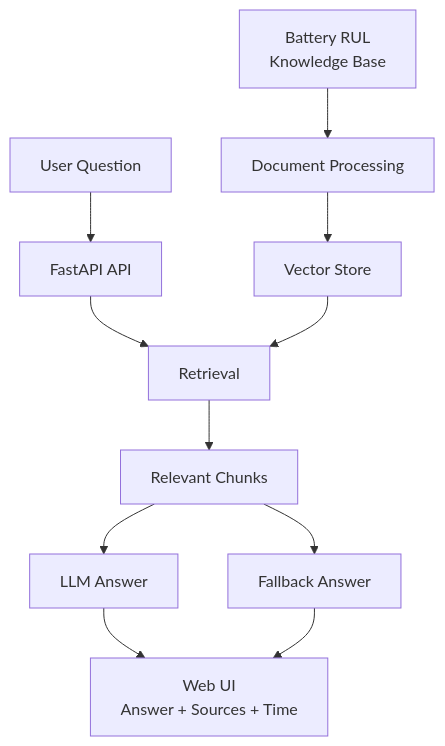
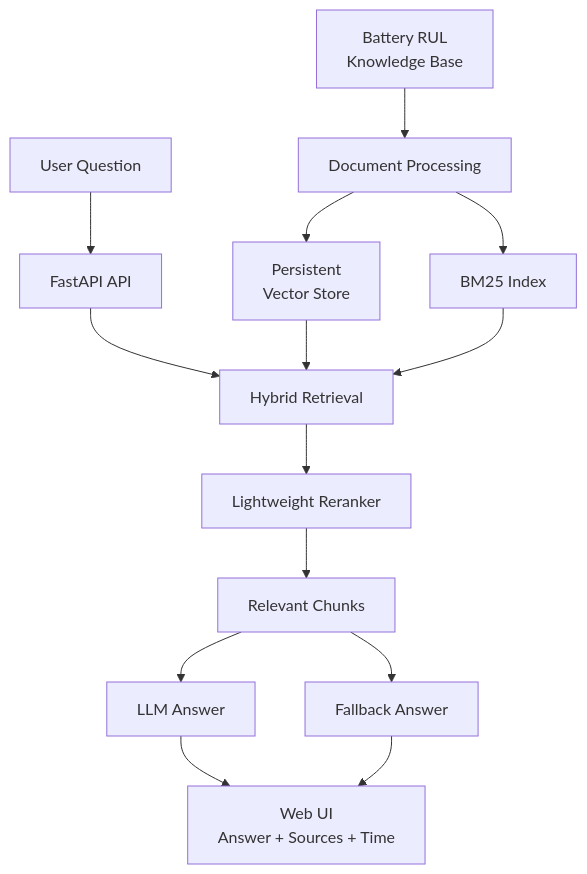
Before and after one commit to onekindalpha/battery-technical-document-rag: the first of 2 diagrams in README.md, drawn with Mermaid. The commit also changed other lines of this file and 14 other files, not shown here.

````diff
--- a/README.md
+++ b/README.md
@@ -42,13 +48,16 @@
 ```mermaid
 flowchart TB
     KB["Battery RUL<br/>Knowledge Base"] --> DP["Document Processing"]
-    DP --> VS["Vector Store"]
+    DP --> VS["Persistent<br/>Vector Store"]
+    DP --> BM25["BM25 Index"]
     Q["User Question"] --> API["FastAPI API"]
-    API --> RT["Retrieval"]
+    API --> RT["Hybrid Retrieval"]
     VS --> RT
-    RT --> CTX["Relevant Chunks"]
+    BM25 --> RT
+    RT --> RR["Lightweight Reranker"]
+    RR --> CTX["Relevant Chunks"]
     CTX --> LLM["LLM Answer"]
     CTX --> FB["Fallback Answer"]
     LLM --> UI["Web UI<br/>Answer + Sources + Time"]
     FB --> UI
 ```
````
